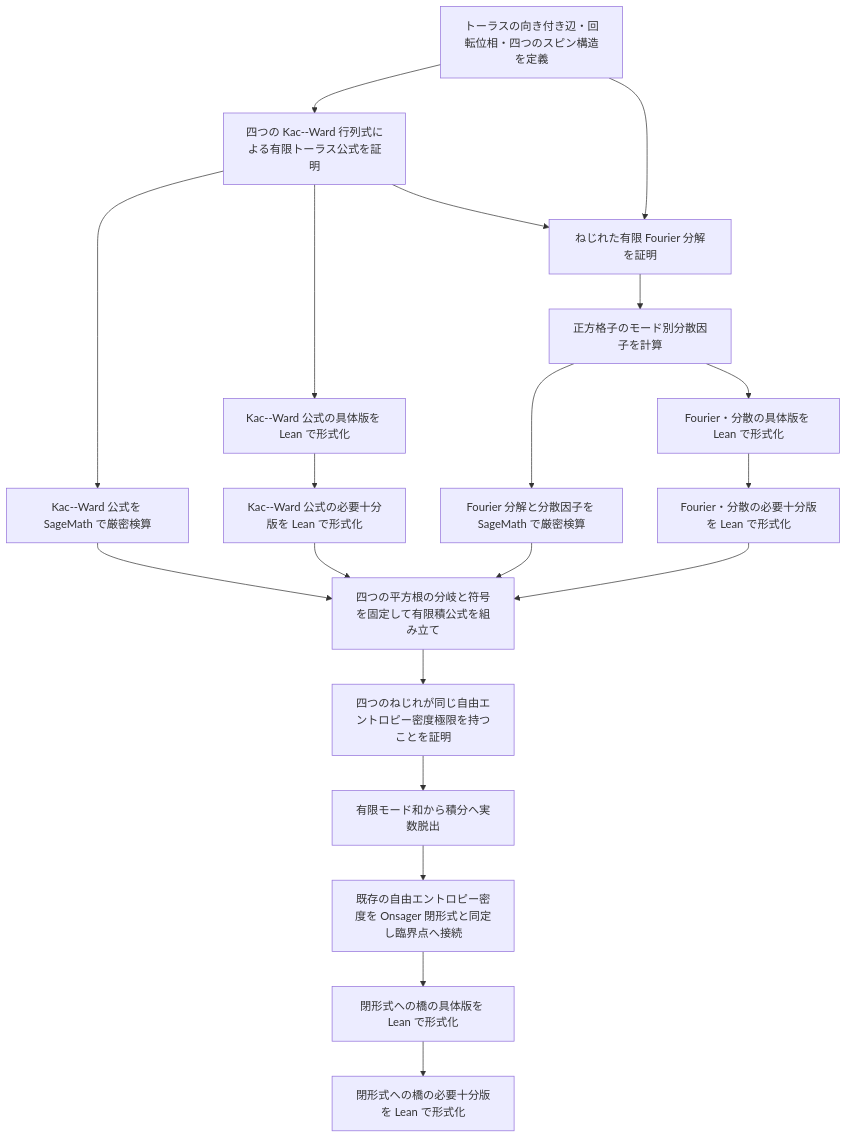
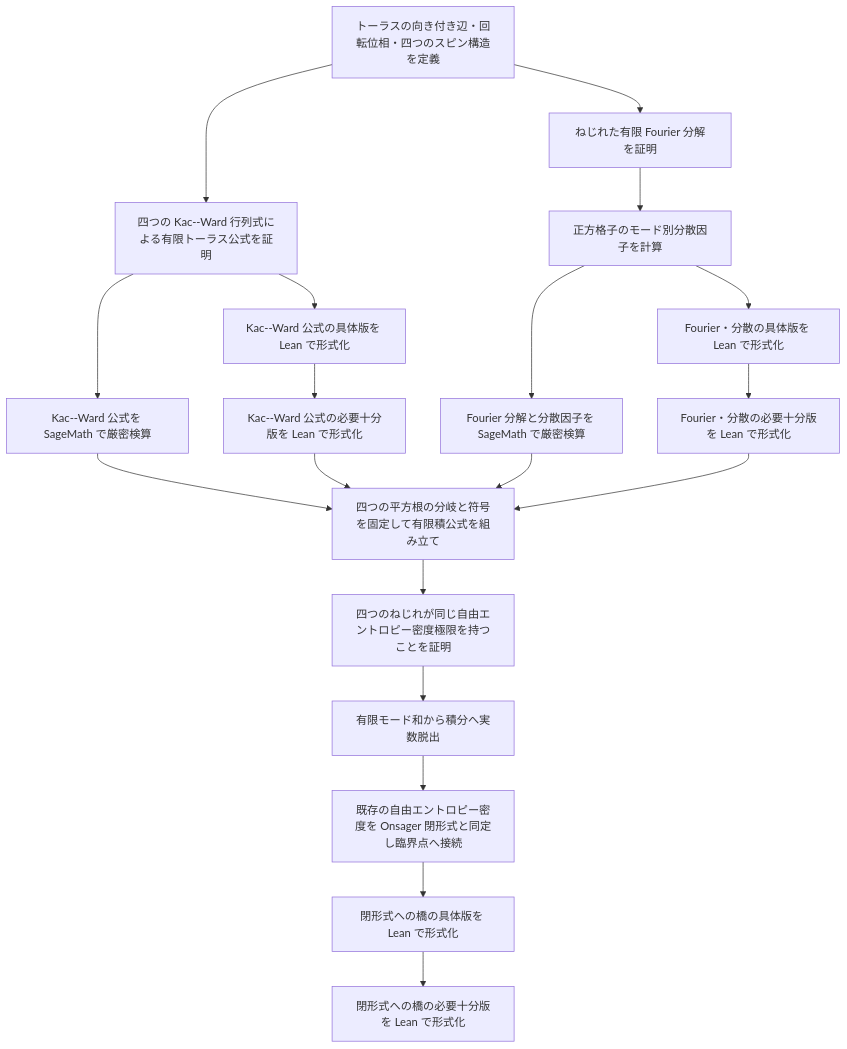
One commit to masaori/math changed the diagram in exact-solution-of-2d-ising-model-lambda/docs/tasks/onsager-closed-form-connection/task-dependency-graph.md. Above: the diagram before and after it, drawn with Mermaid. The commit also changed other lines of this file and 8 other files, not shown here.

````diff
--- a/exact-solution-of-2d-ising-model-lambda/docs/tasks/onsager-closed-form-connection/task-dependency-graph.md
+++ b/exact-solution-of-2d-ising-model-lambda/docs/tasks/onsager-closed-form-connection/task-dependency-graph.md
@@ -26,22 +27,21 @@
 ```mermaid
 graph TD
   data[トーラスの向き付き辺・回転位相・四つのスピン構造を定義] --> kw[四つの Kac--Ward 行列式による有限トーラス公式を証明]
   kw --> kwcheck[Kac--Ward 公式を SageMath で厳密検算]
   kw --> kwleanconcrete[Kac--Ward 公式の具体版を Lean で形式化]
   kwleanconcrete --> kwleanessential[Kac--Ward 公式の必要十分版を Lean で形式化]
   data --> fourier[ねじれた有限 Fourier 分解を証明]
-  kw --> fourier
   fourier --> dispersion[正方格子のモード別分散因子を計算]
   dispersion --> dispersioncheck[Fourier 分解と分散因子を SageMath で厳密検算]
   dispersion --> dispersionleanconcrete[Fourier・分散の具体版を Lean で形式化]
   dispersionleanconcrete --> dispersionleanessential[Fourier・分散の必要十分版を Lean で形式化]
   kwcheck --> product[四つの平方根の分岐と符号を固定して有限積公式を組み立て]
   dispersioncheck --> product
   kwleanessential --> product
   dispersionleanessential --> product
   product --> twists[四つのねじれが同じ自由エントロピー密度極限を持つことを証明]
   twists --> integral[有限モード和から積分へ実数脱出]
   integral --> onsager[既存の自由エントロピー密度を Onsager 閉形式と同定し臨界点へ接続]
   onsager --> finalleanconcrete[閉形式への橋の具体版を Lean で形式化]
   finalleanconcrete --> finalleanessential[閉形式への橋の必要十分版を Lean で形式化]
 ```
````
